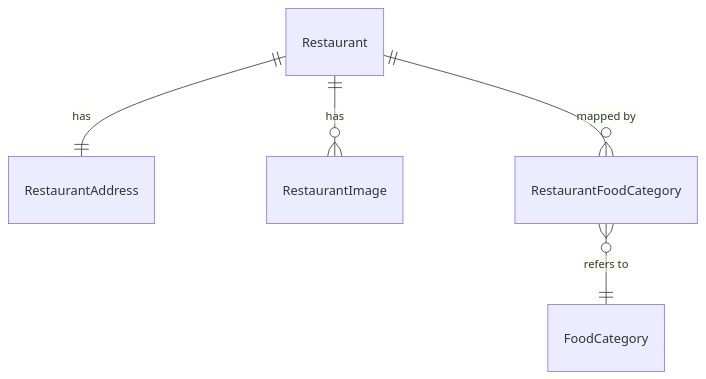
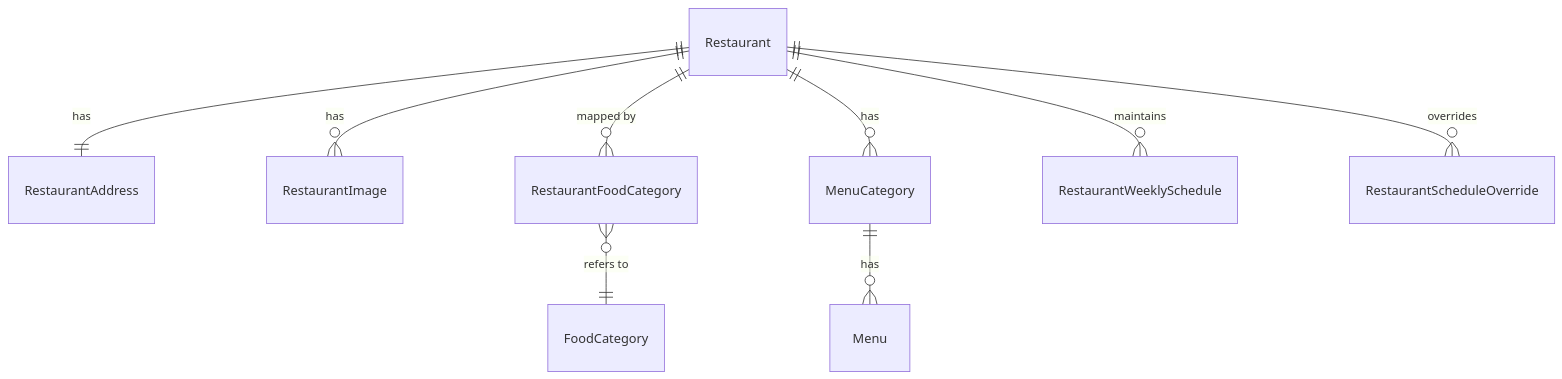
One commit to 100-hours-a-week/3-team-Tasteam-be changed the third of 3 diagrams in docs/spec/tech/restaurant/README.md. Above: the diagram before and after it, drawn with Mermaid. The commit also changed other lines of this file, not shown here.

````diff
--- a/docs/spec/tech/restaurant/README.md
+++ b/docs/spec/tech/restaurant/README.md
@@ -327,7 +411,11 @@
 ```mermaid
 erDiagram
     Restaurant ||--|| RestaurantAddress : has
     Restaurant ||--o{ RestaurantImage : has
     Restaurant ||--o{ RestaurantFoodCategory : "mapped by"
     RestaurantFoodCategory }o--|| FoodCategory : "refers to"
+    Restaurant ||--o{ MenuCategory : has
+    MenuCategory ||--o{ Menu : has
+    Restaurant ||--o{ RestaurantWeeklySchedule : maintains
+    Restaurant ||--o{ RestaurantScheduleOverride : overrides
 ```
````
